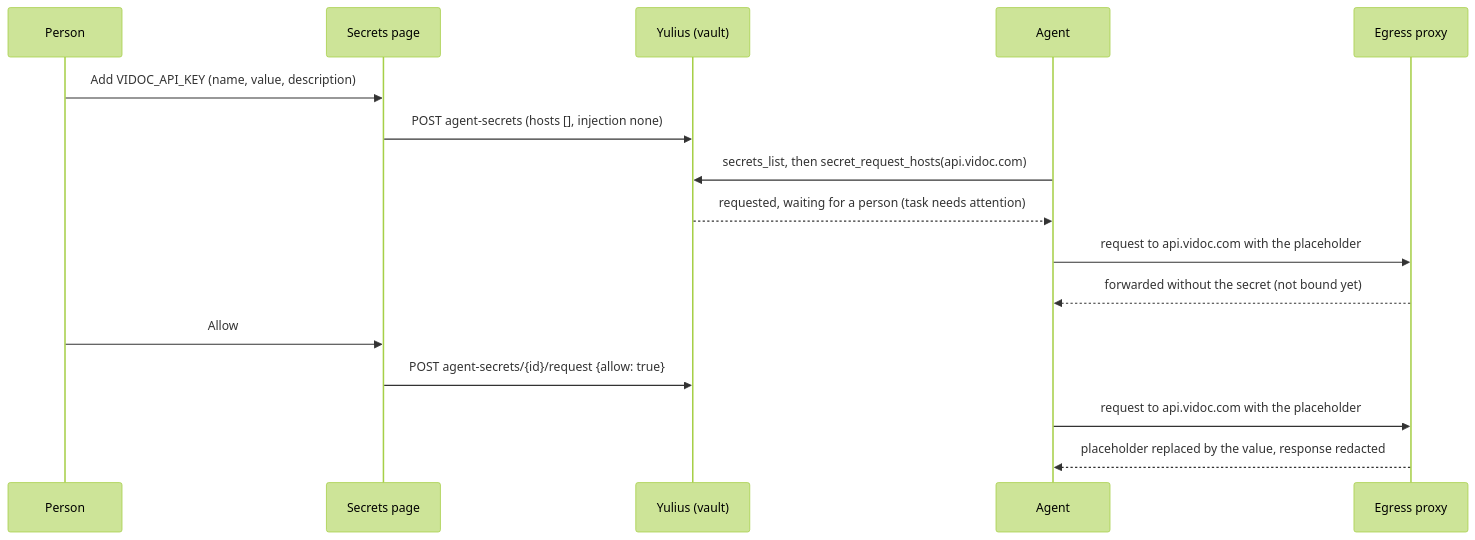
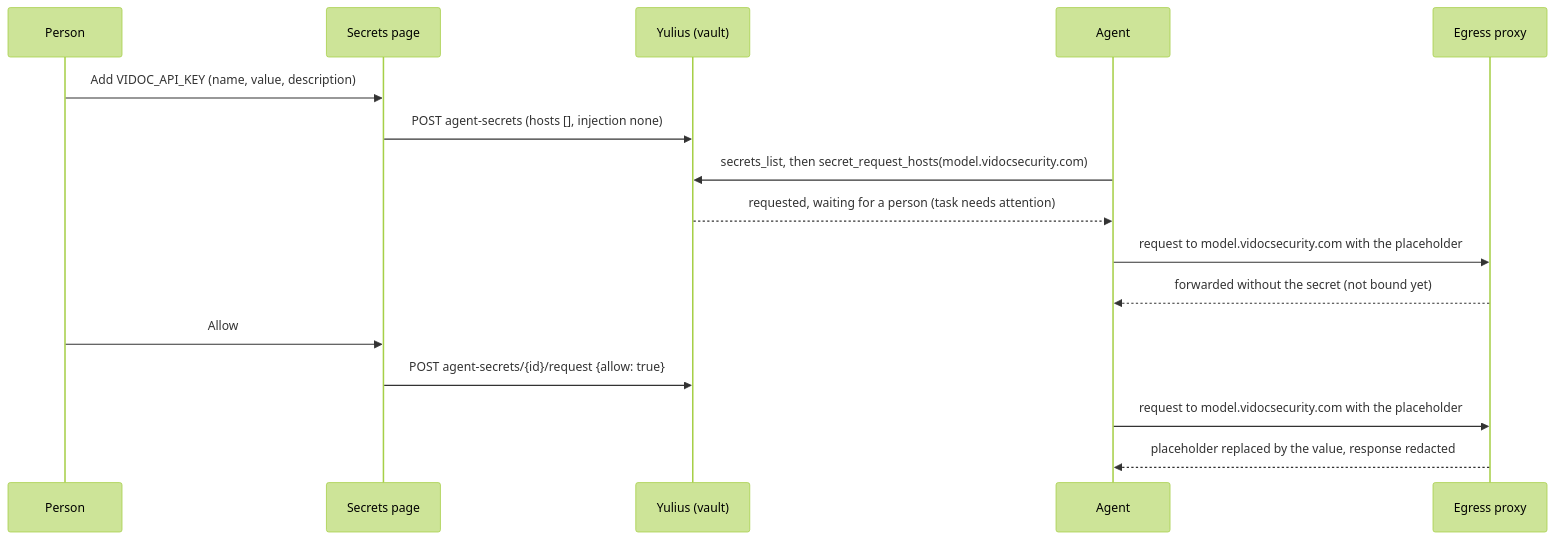
One commit to Quartio-Studio/yulius changed diagram 17 of 41 in docs/architecture.md. Above: the diagram before and after it, drawn with Mermaid (forest theme). The commit also changed other lines of this file and 72 other files, not shown here.

````diff
--- a/docs/architecture.md
+++ b/docs/architecture.md
@@ -654,18 +654,18 @@
 ```mermaid
 sequenceDiagram
     participant P as Person
     participant UI as Secrets page
     participant App as Yulius (vault)
     participant A as Agent
     participant X as Egress proxy
     P->>UI: Add VIDOC_API_KEY (name, value, description)
     UI->>App: POST agent-secrets (hosts [], injection none)
-    A->>App: secrets_list, then secret_request_hosts(api.vidoc.com)
+    A->>App: secrets_list, then secret_request_hosts(model.vidocsecurity.com)
     App-->>A: requested, waiting for a person (task needs attention)
-    A->>X: request to api.vidoc.com with the placeholder
+    A->>X: request to model.vidocsecurity.com with the placeholder
     X-->>A: forwarded without the secret (not bound yet)
     P->>UI: Allow
     UI->>App: POST agent-secrets/{id}/request {allow: true}
-    A->>X: request to api.vidoc.com with the placeholder
+    A->>X: request to model.vidocsecurity.com with the placeholder
     X-->>A: placeholder replaced by the value, response redacted
 ```
````
